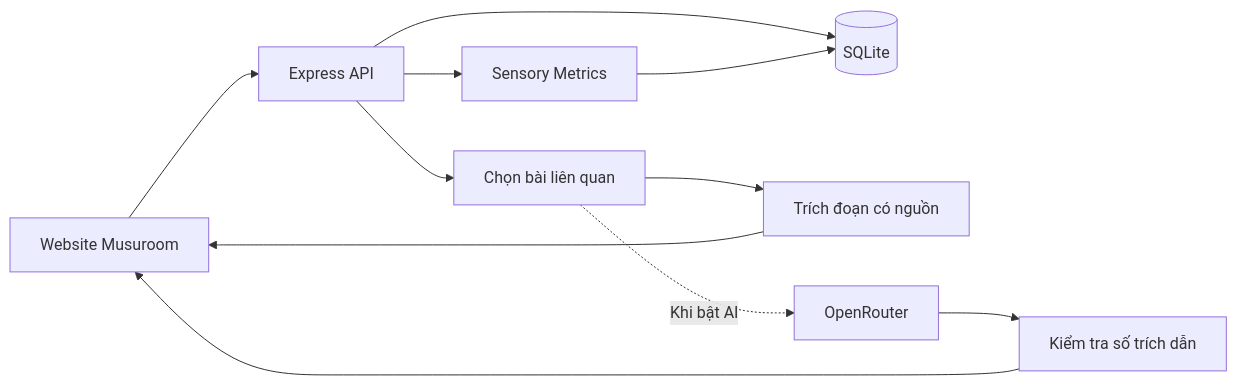
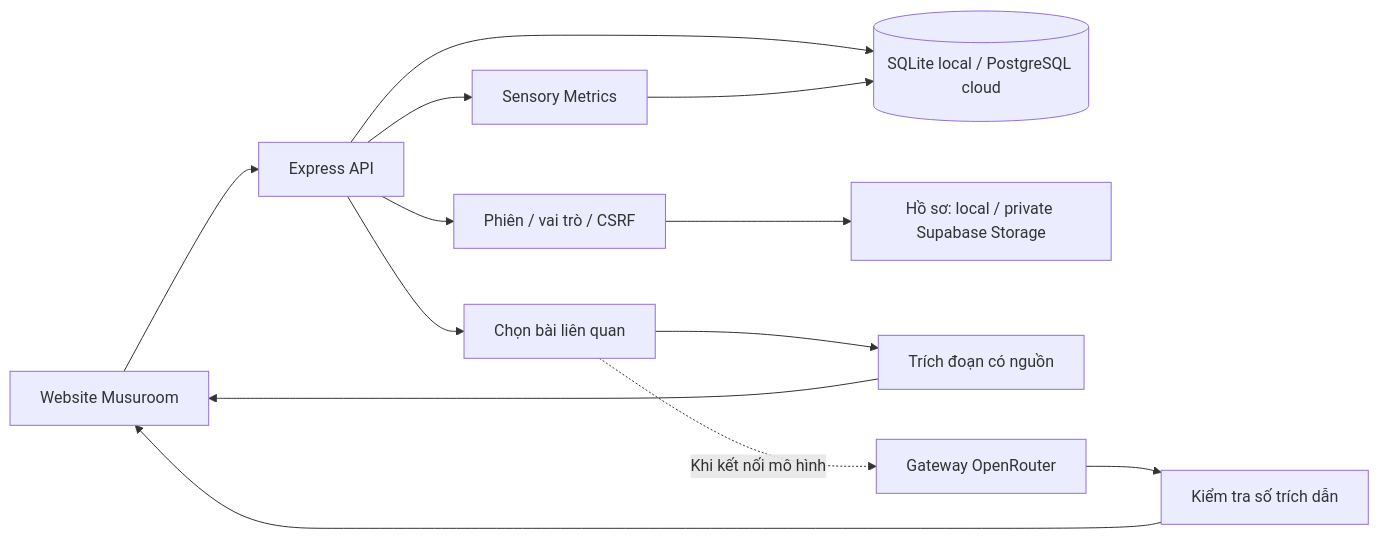
Before and after one commit to Jakcasas/musuroom: the first of 3 diagrams in docs/ARCHITECTURE.md, drawn with Mermaid. The commit also changed other lines of this file and 38 other files, not shown here.

````diff
--- a/docs/ARCHITECTURE.md
+++ b/docs/ARCHITECTURE.md
@@ -5,13 +5,15 @@
 ```mermaid
 flowchart LR
   UI[Website Musuroom] --> API[Express API]
-  API --> DB[(SQLite)]
+  API --> DB[(SQLite local / PostgreSQL cloud)]
+  API --> Auth[Phiên / vai trò / CSRF]
+  Auth --> Files[Hồ sơ: local / private Supabase Storage]
   API --> S[Sensory Metrics]
   S --> DB
   API --> R[Chọn bài liên quan]
   R --> E[Trích đoạn có nguồn]
-  R -. Khi bật AI .-> AI[OpenRouter]
+  R -. Khi kết nối mô hình .-> AI[Gateway OpenRouter]
   AI --> V[Kiểm tra số trích dẫn]
   V --> UI
   E --> UI
 ```
````
